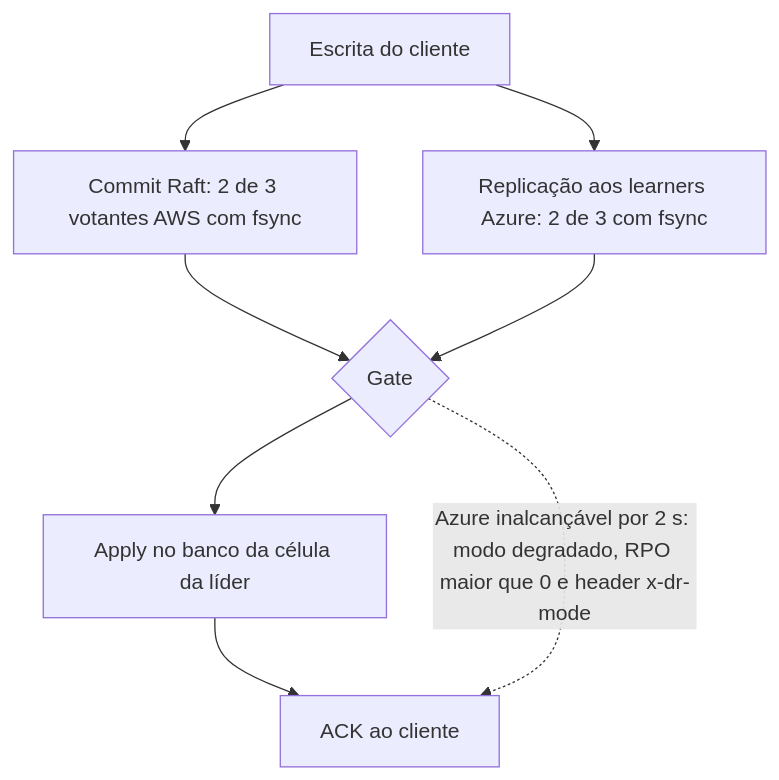
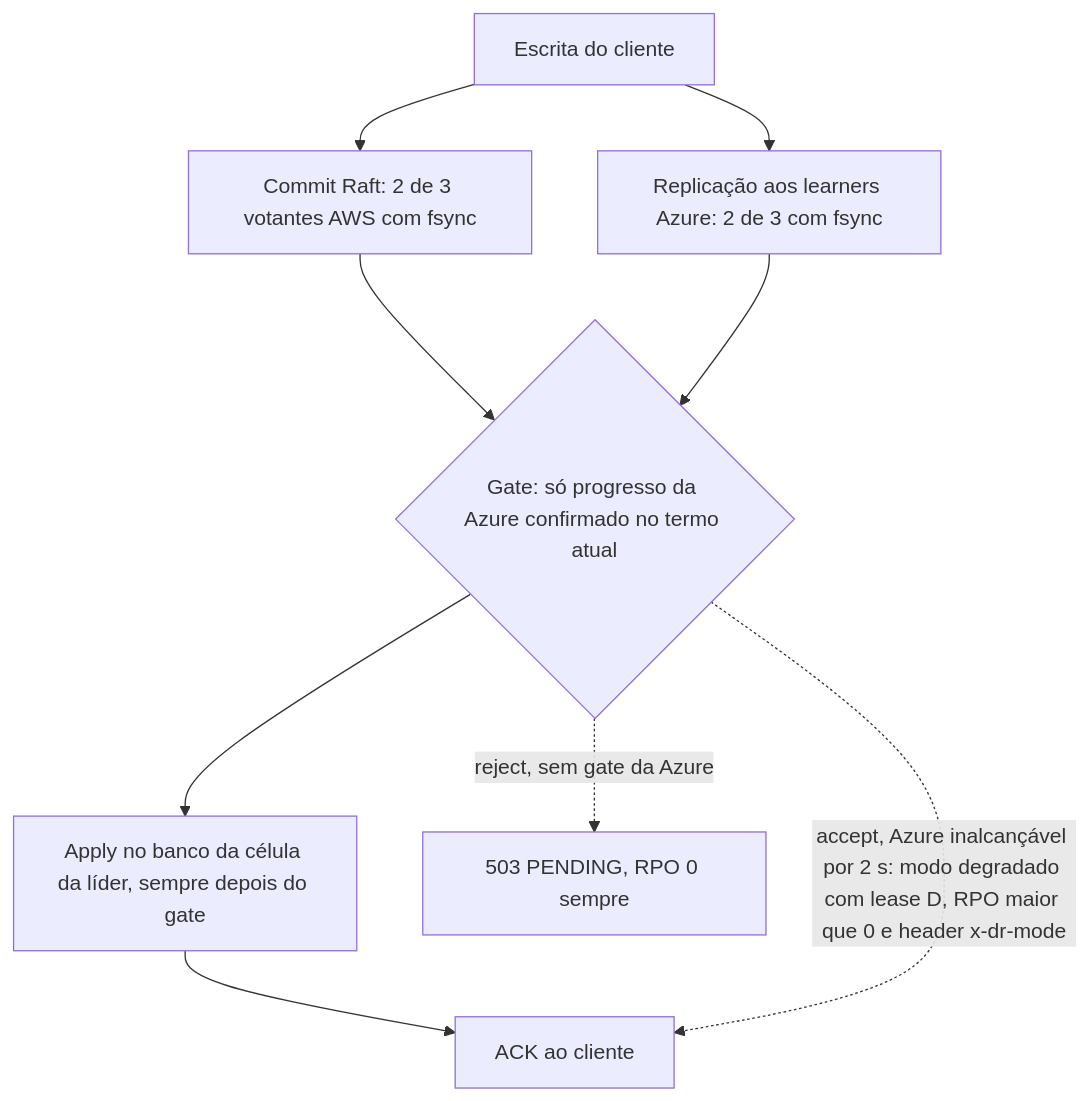
Before and after one commit to brbarmex/k: the second of 2 diagrams in 04_diagramas/D01-visao-do-sistema.md, drawn with Mermaid. The commit also changed other lines of this file and 139 other files, not shown here.

````diff
--- a/04_diagramas/D01-visao-do-sistema.md
+++ b/04_diagramas/D01-visao-do-sistema.md
@@ -20,10 +20,11 @@
 ```mermaid
 flowchart TD
     W["Escrita do cliente"] --> R["Commit Raft: 2 de 3 votantes AWS com fsync"]
-    R --> G{"Gate"}
+    R --> G{"Gate: só progresso da Azure confirmado no termo atual"}
     W --> Z["Replicação aos learners Azure: 2 de 3 com fsync"]
     Z --> G
-    G --> AP["Apply no banco da célula da líder"]
+    G --> AP["Apply no banco da célula da líder, sempre depois do gate"]
     AP --> A["ACK ao cliente"]
-    G -.->|"Azure inalcançável por 2 s: modo degradado, RPO maior que 0 e header x-dr-mode"| A
+    G -.->|"accept, Azure inalcançável por 2 s: modo degradado com lease D, RPO maior que 0 e header x-dr-mode"| A
+    G -.->|"reject, sem gate da Azure"| P["503 PENDING, RPO 0 sempre"]
 ```
````
